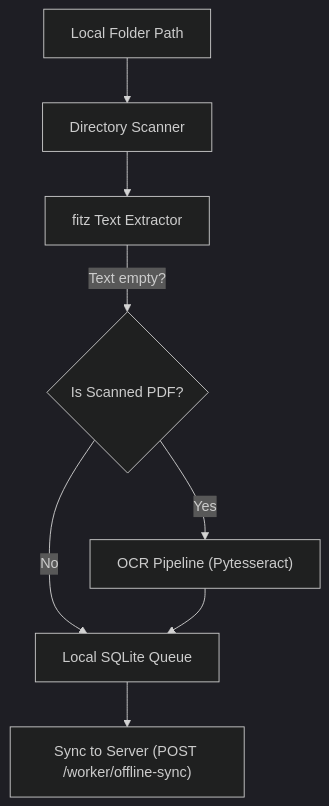
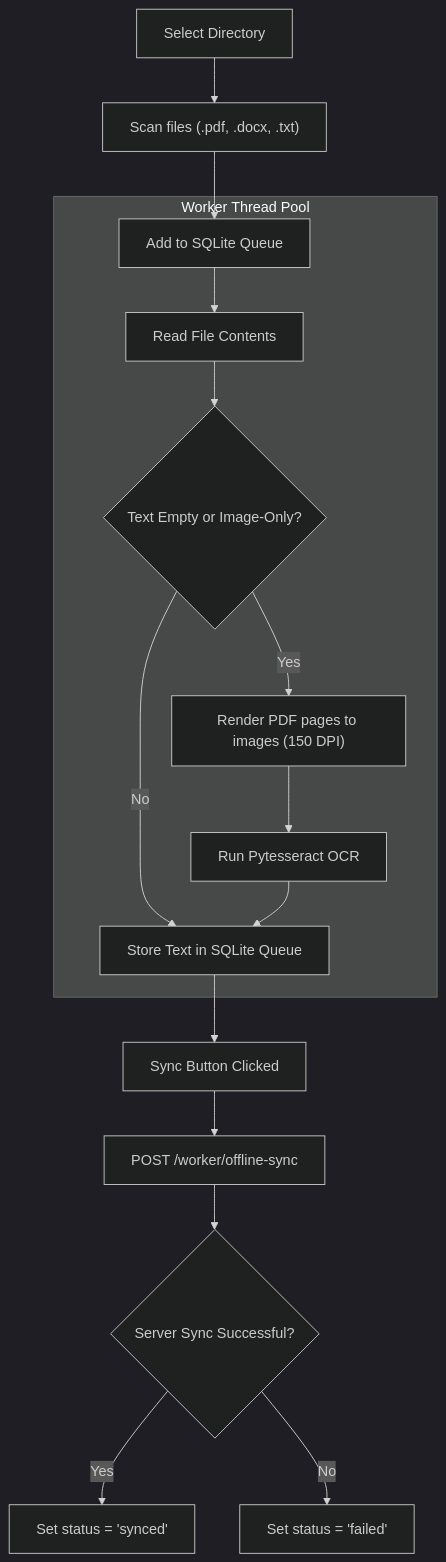
One commit to SercanOzkan55/CV-Analyzer changed the third of 3 diagrams in README.md. Above: the diagram before and after it, drawn with Mermaid (dark theme). The commit also changed other lines of this file, not shown here.

````diff
--- a/README.md
+++ b/README.md
@@ -155,10 +218,20 @@
 ```mermaid
 flowchart TD
-  folder["Local Folder Path"] --> scan["Directory Scanner"]
-  scan --> read["fitz Text Extractor"]
-  read -- "Text empty?" --> check_pdf{"Is Scanned PDF?"}
-  check_pdf -- "Yes" --> ocr["OCR Pipeline (Pytesseract)"]
-  check_pdf -- "No" --> queue["Local SQLite Queue"]
-  ocr --> queue
-  queue --> sync["Sync to Server (POST /worker/offline-sync)"]
+  dir["Select Directory"] --> scan["Scan files (.pdf, .docx, .txt)"]
+  scan --> queue["Add to SQLite Queue"]
+  
+  subgraph Thread_Pool ["Worker Thread Pool"]
+    queue --> parse["Read File Contents"]
+    parse --> check{"Text Empty or Image-Only?"}
+    check -- "Yes" --> render["Render PDF pages to images (150 DPI)"]
+    render --> ocr["Run Pytesseract OCR"]
+    check -- "No" --> save["Store Text in SQLite Queue"]
+    ocr --> save
+  end
+  
+  save --> sync["Sync Button Clicked"]
+  sync --> sync_req["POST /worker/offline-sync"]
+  sync_req --> ok{"Server Sync Successful?"}
+  ok -- "Yes" --> mark_sync["Set status = 'synced'"]
+  ok -- "No" --> mark_fail["Set status = 'failed'"]
 ```
````
